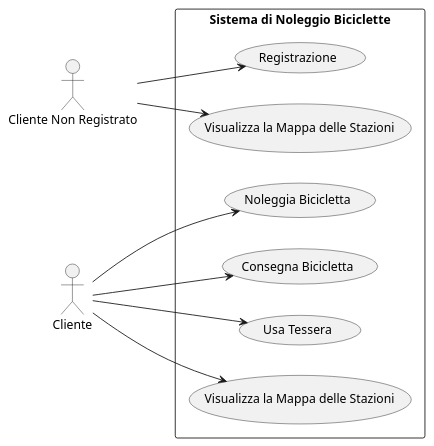
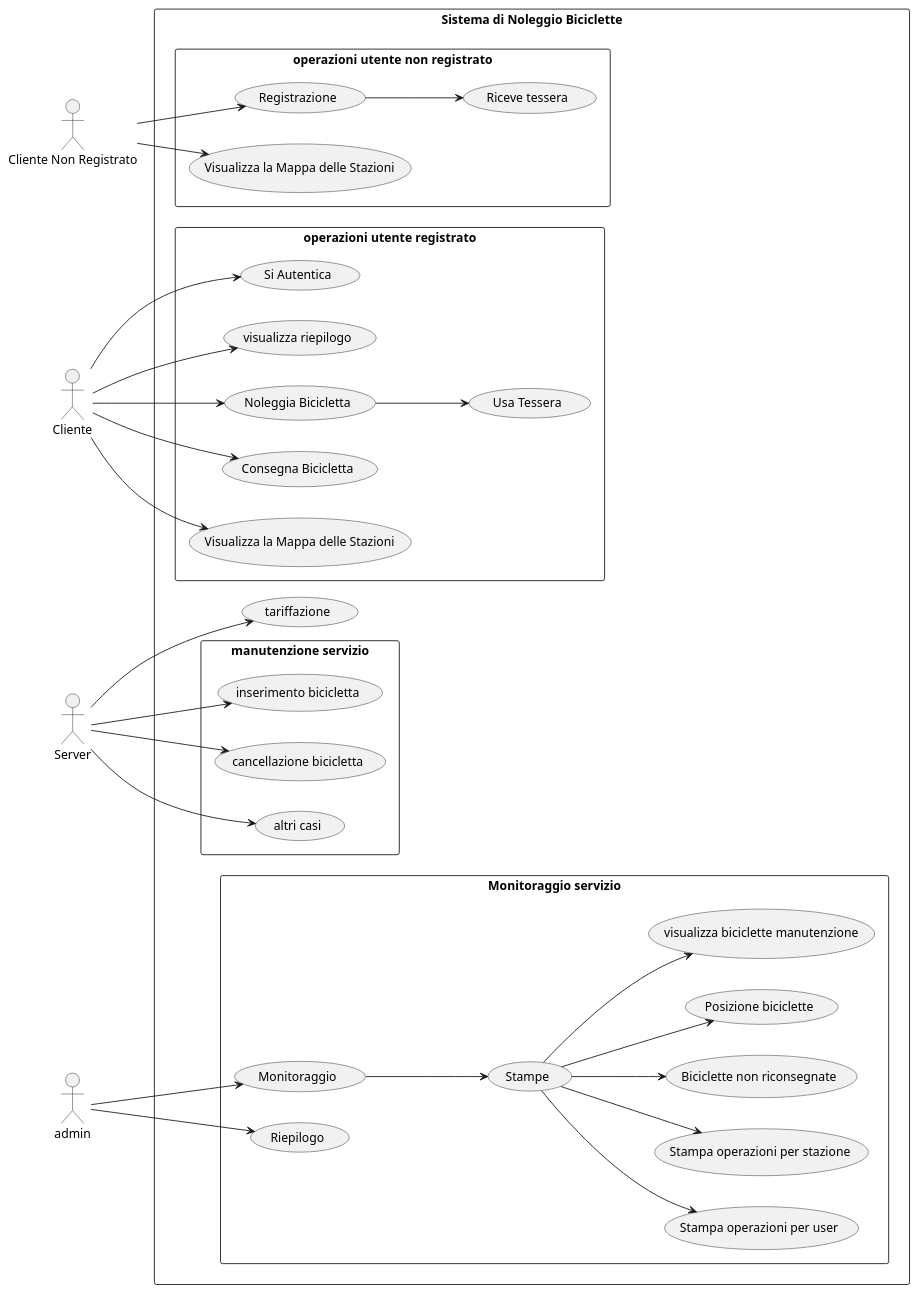
One commit to TommasoMardegan/simulazioneesame changed the diagram in informatica simulazione/use_case.puml. Above: the diagram before and after it, drawn with PlantUML.

Commit message:
updated use cases

```diff
--- a/informatica simulazione/use_case.puml
+++ b/informatica simulazione/use_case.puml
@@ -1,27 +1,65 @@
-@startuml
+@startuml usecase
 
 left to right direction
 skinparam packageStyle rectangle
 
 actor "Cliente Non Registrato" as ClienteNonRegistrato
 actor Cliente as Cliente
+actor "Server" as server
+actor "admin" as admin
 
-rectangle "Sistema di Noleggio Biciclette" {
-    usecase "Registrazione" as Registrazione
-    usecase "Visualizza la Mappa delle Stazioni" as VisualizzaMappaStazioni
-    ClienteNonRegistrato --> Registrazione
-    ClienteNonRegistrato --> VisualizzaMappaStazioni
+rectangle "Sistema di Noleggio Biciclette" {  
+    rectangle "operazioni utente non registrato" {
+        usecase "Registrazione" as Registrazione
+        usecase "Riceve tessera" as riceveTessera
+        usecase "Visualizza la Mappa delle Stazioni" as VisualizzaMappaStazioni
+        ClienteNonRegistrato --> Registrazione
+        ClienteNonRegistrato --> VisualizzaMappaStazioni
+    }
+    rectangle "operazioni utente registrato" {
+        usecase "Si Autentica" as SiAutentica
+        usecase "visualizza riepilogo" as riepilogoUtente
+        usecase "Noleggia Bicicletta" as NoleggiaBicicletta
+        usecase "Consegna Bicicletta" as ConsegnaBicicletta
+        usecase "Usa Tessera" as UsaTessera
+        usecase "Visualizza la Mappa delle Stazioni" as VisualizzaMappaStazioniCliente
+        Cliente --> SiAutentica
+        Cliente --> NoleggiaBicicletta
+        Cliente --> ConsegnaBicicletta
+        Cliente --> VisualizzaMappaStazioniCliente
+        Cliente --> riepilogoUtente
+        Registrazione --> riceveTessera
+        NoleggiaBicicletta --> UsaTessera
+    }
+    rectangle "Monitoraggio servizio" {
+        usecase "Monitoraggio" as monitoraAdmin
+        usecase "Stampe" as stampe
+        usecase "Riepilogo" as riepilogo
+        usecase "Stampa operazioni per user" as stampaOpUser
+        usecase "Stampa operazioni per stazione" as stampaOpStazione
+        usecase "Biciclette non riconsegnate" as bicicletteNonRiconsegnate
+        usecase "Posizione biciclette" as posizioneBiciclette
+        usecase "visualizza biciclette manutenzione" as biciManutenzione
+        admin --> monitoraAdmin
+        admin --> riepilogo
+        monitoraAdmin --> stampe
+        stampe --> stampaOpUser
+        stampe --> stampaOpStazione
+        stampe --> bicicletteNonRiconsegnate
+        stampe --> posizioneBiciclette
+        stampe --> biciManutenzione
+    }
+    usecase "tariffazione" as tariffazione
+    rectangle "manutenzione servizio" {
+        usecase "inserimento bicicletta" as inserimento
+        usecase "cancellazione bicicletta" as cancellazione
+        usecase "altri casi" as casi
+        server --> inserimento
+        server --> cancellazione
+        server --> casi
+    }
+    server-->tariffazione
 }
 
-rectangle "Sistema di Noleggio Biciclette" {
-    usecase "Noleggia Bicicletta" as NoleggiaBicicletta
-    usecase "Consegna Bicicletta" as ConsegnaBicicletta
-    usecase "Usa Tessera" as UsaTessera
-    usecase "Visualizza la Mappa delle Stazioni" as VisualizzaMappaStazioniCliente
-    Cliente --> NoleggiaBicicletta
-    Cliente --> ConsegnaBicicletta
-    Cliente --> UsaTessera
-    Cliente --> VisualizzaMappaStazioniCliente
-}
 
 @enduml
```
